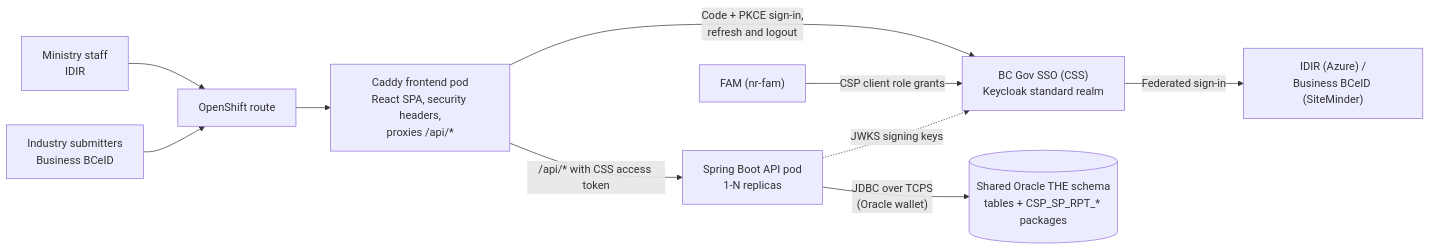
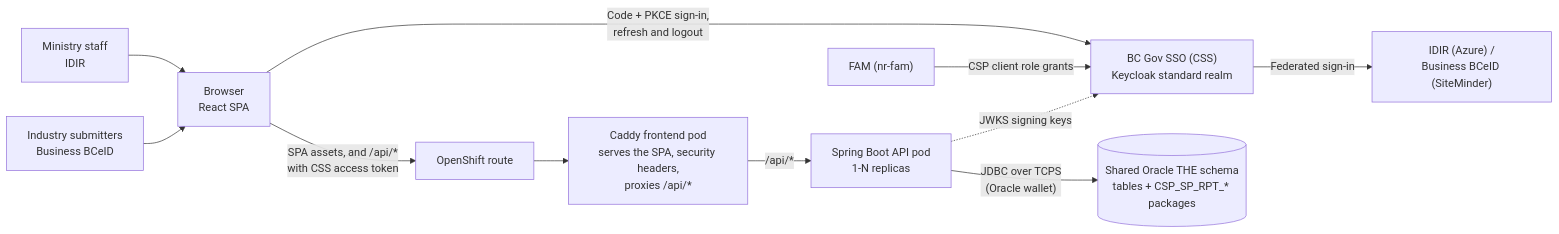
One commit to bcgov/nr-csp changed the first of 7 diagrams in ARCHITECTURE.md. Above: the diagram before and after it, drawn with Mermaid. The commit also changed other lines of this file, not shown here.

Commit message:
docs: draw sign-in from the browser, narrow the deploy-skip claim

````diff
--- a/ARCHITECTURE.md
+++ b/ARCHITECTURE.md
@@ -27,12 +27,13 @@
 ```mermaid
 flowchart LR
-    Staff["Ministry staff<br/>IDIR"] --> Route["OpenShift route"]
-    Industry["Industry submitters<br/>Business BCeID"] --> Route
-    Route --> Frontend["Caddy frontend pod<br/>React SPA, security headers,<br/>proxies /api/*"]
-    Frontend -->|"Code + PKCE sign-in,<br/>refresh and logout"| Css["BC Gov SSO (CSS)<br/>Keycloak standard realm"]
+    Staff["Ministry staff<br/>IDIR"] --> Browser["Browser<br/>React SPA"]
+    Industry["Industry submitters<br/>Business BCeID"] --> Browser
+    Browser -->|"Code + PKCE sign-in,<br/>refresh and logout"| Css["BC Gov SSO (CSS)<br/>Keycloak standard realm"]
     Css -->|Federated sign-in| Idp["IDIR (Azure) /<br/>Business BCeID (SiteMinder)"]
     Fam["FAM (nr-fam)"] -->|CSP client role grants| Css
-    Frontend -->|"/api/* with CSS access token"| Backend["Spring Boot API pod<br/>1-N replicas"]
+    Browser -->|"SPA assets, and /api/*<br/>with CSS access token"| Route["OpenShift route"]
+    Route --> Frontend["Caddy frontend pod<br/>serves the SPA, security headers,<br/>proxies /api/*"]
+    Frontend -->|/api/*| Backend["Spring Boot API pod<br/>1-N replicas"]
     Backend -.->|JWKS signing keys| Css
     Backend -->|"JDBC over TCPS<br/>(Oracle wallet)"| Oracle[("Shared Oracle THE schema<br/>tables + CSP_SP_RPT_* packages")]
 ```
````
